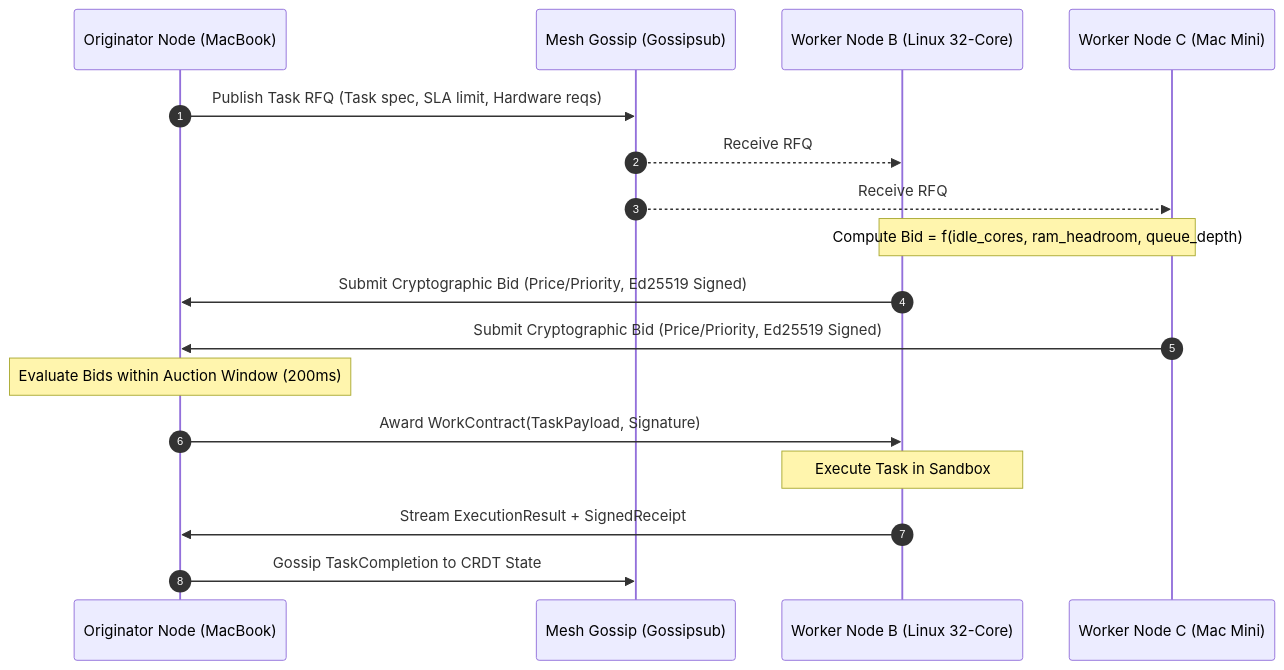
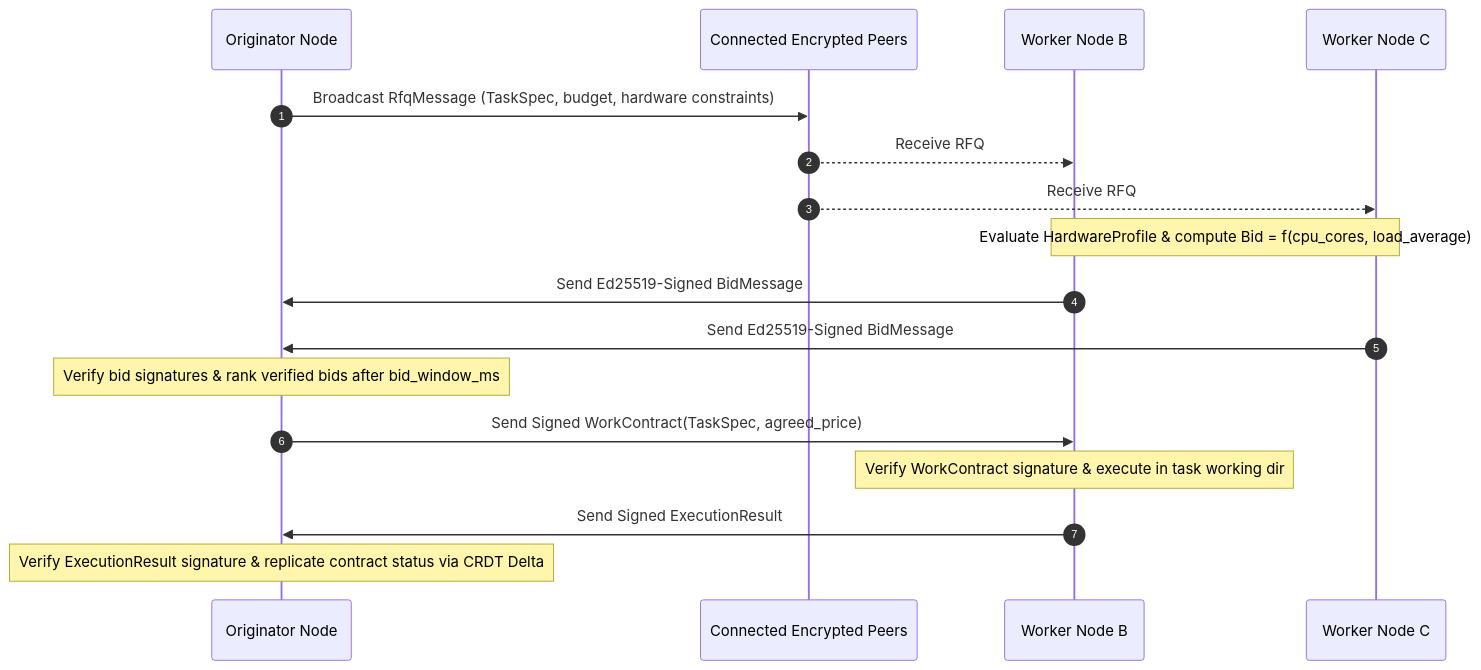
The diagram in PRD.md (khalidfarooq/mycel), drawn with Mermaid before and after one commit. The commit also changed other lines of this file and 4 other files, not shown here.

````diff
--- a/PRD.md
+++ b/PRD.md
@@ -71,20 +69,20 @@
 ```mermaid
 sequenceDiagram
     autonumber
-    participant A as Originator Node (MacBook)
-    participant M as Mesh Gossip (Gossipsub)
-    participant B as Worker Node B (Linux 32-Core)
-    participant C as Worker Node C (Mac Mini)
+    participant A as Originator Node
+    participant M as Connected Encrypted Peers
+    participant B as Worker Node B
+    participant C as Worker Node C
 
-    A->>M: Publish Task RFQ (Task spec, SLA limit, Hardware reqs)
+    A->>M: Broadcast RfqMessage (TaskSpec, budget, hardware constraints)
     M-->>B: Receive RFQ
     M-->>C: Receive RFQ
-    Note over B,C: Compute Bid = f(idle_cores, ram_headroom, queue_depth)
-    B->>A: Submit Cryptographic Bid (Price/Priority, Ed25519 Signed)
-    C->>A: Submit Cryptographic Bid (Price/Priority, Ed25519 Signed)
-    Note over A: Evaluate Bids within Auction Window (200ms)
-    A->>B: Award WorkContract(TaskPayload, Signature)
-    Note over B: Execute Task in Sandbox
-    B->>A: Stream ExecutionResult + SignedReceipt
-    A->>M: Gossip TaskCompletion to CRDT State
+    Note over B,C: Evaluate HardwareProfile & compute Bid = f(cpu_cores, load_average)
+    B->>A: Send Ed25519-Signed BidMessage
+    C->>A: Send Ed25519-Signed BidMessage
+    Note over A: Verify bid signatures & rank verified bids after bid_window_ms
+    A->>B: Send Signed WorkContract(TaskSpec, agreed_price)
+    Note over B: Verify WorkContract signature & execute in task working dir
+    B->>A: Send Signed ExecutionResult
+    Note over A: Verify ExecutionResult signature & replicate contract status via CRDT Delta
 ```
````
